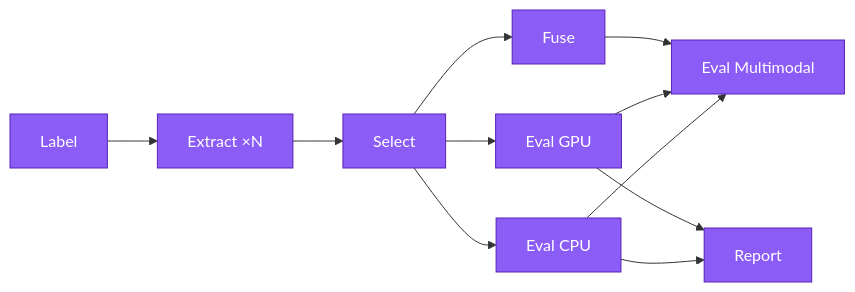
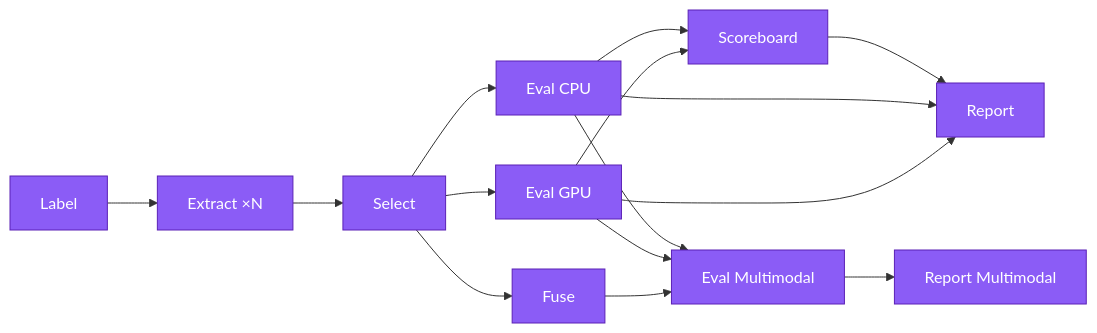
The diagram in docs/developer/pipeline-architecture.md (msk-access/kreview), drawn with Mermaid before and after one commit. The commit also changed other lines of this file and 7 other files, not shown here.

````diff
--- a/docs/developer/pipeline-architecture.md
+++ b/docs/developer/pipeline-architecture.md
@@ -11,14 +11,18 @@
 ```mermaid
 graph LR
     classDef step fill:#8b5cf6,stroke:#5b21b6,color:#fff;
     A["Label"]:::step --> B["Extract ×N"]:::step
     B --> C[Select]:::step
     C --> D["Eval CPU"]:::step
     C --> E["Eval GPU"]:::step
     C --> F[Fuse]:::step
+    D --> S[Scoreboard]:::step
+    E --> S
     D --> G["Eval Multimodal"]:::step
     E --> G
     F --> G
-    D --> H[Report]:::step
+    S --> H[Report]:::step
+    D --> H
     E --> H
+    G --> I["Report Multimodal"]:::step
 ```
````
